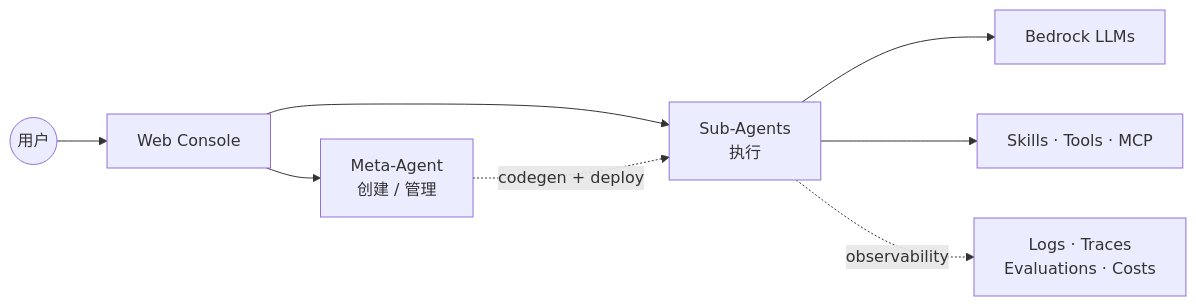
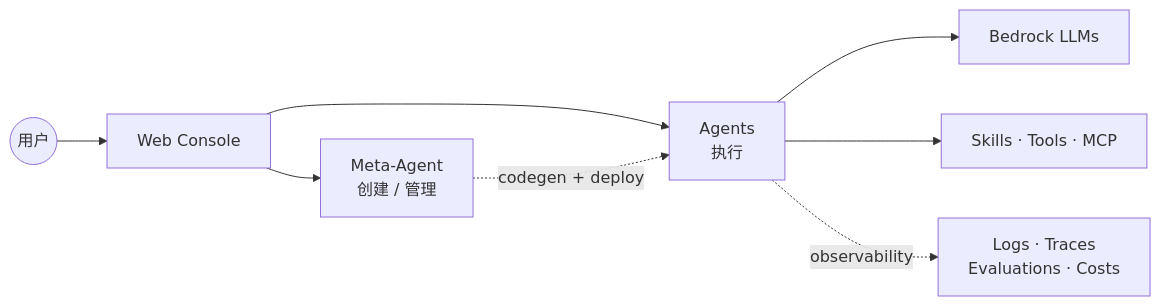
The first of 2 diagrams in README.md (ddpie/agent-studio), drawn with Mermaid before and after one commit. The commit also changed other lines of this file and 50 other files, not shown here.

````diff
--- a/README.md
+++ b/README.md
@@ -23,10 +20,10 @@
 ```mermaid
 graph LR
     User((用户)) --> Web[Web Console]
     Web --> Meta[Meta-Agent<br/>创建 / 管理]
-    Web --> Sub[Sub-Agents<br/>执行]
+    Web --> Sub[Agents<br/>执行]
     Meta -.codegen + deploy.-> Sub
     Sub --> LLM[Bedrock LLMs]
     Sub --> Ext[Skills · Tools · MCP]
     Sub -.observability.-> Obs[Logs · Traces<br/>Evaluations · Costs]
 ```
````
